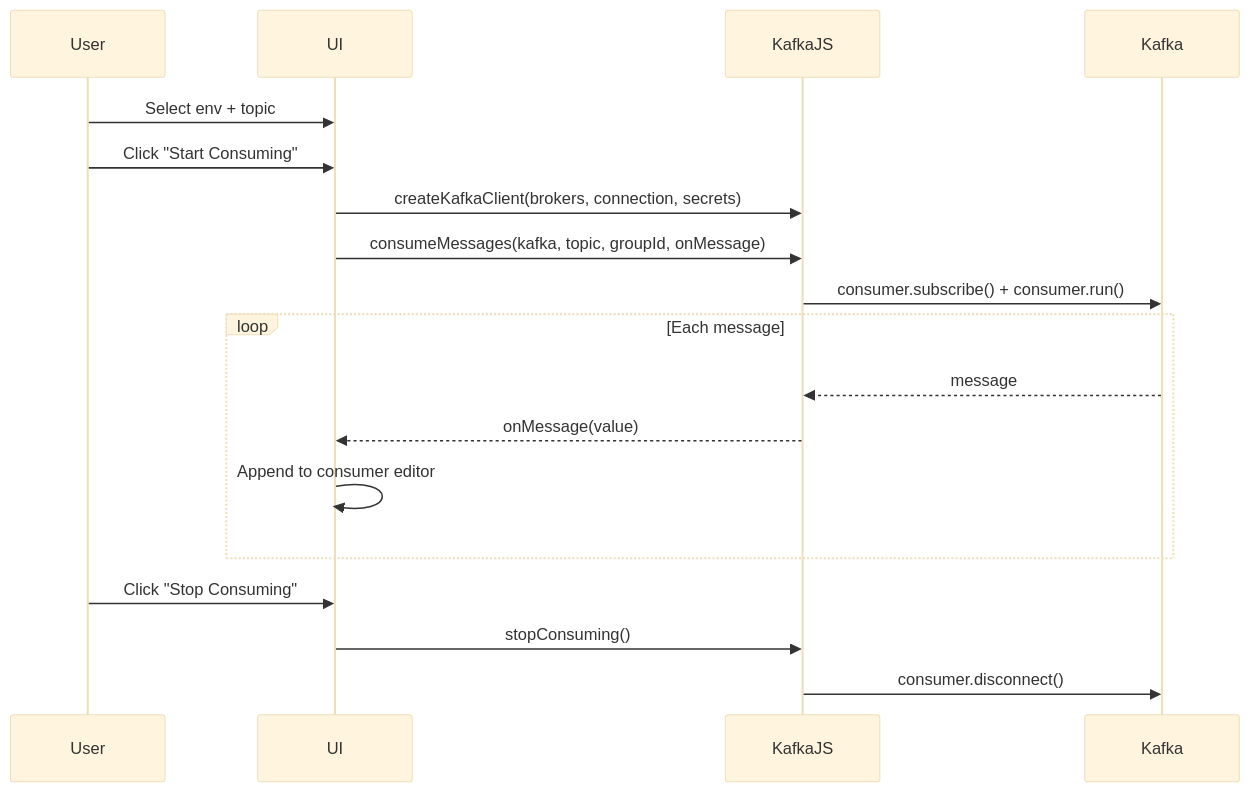
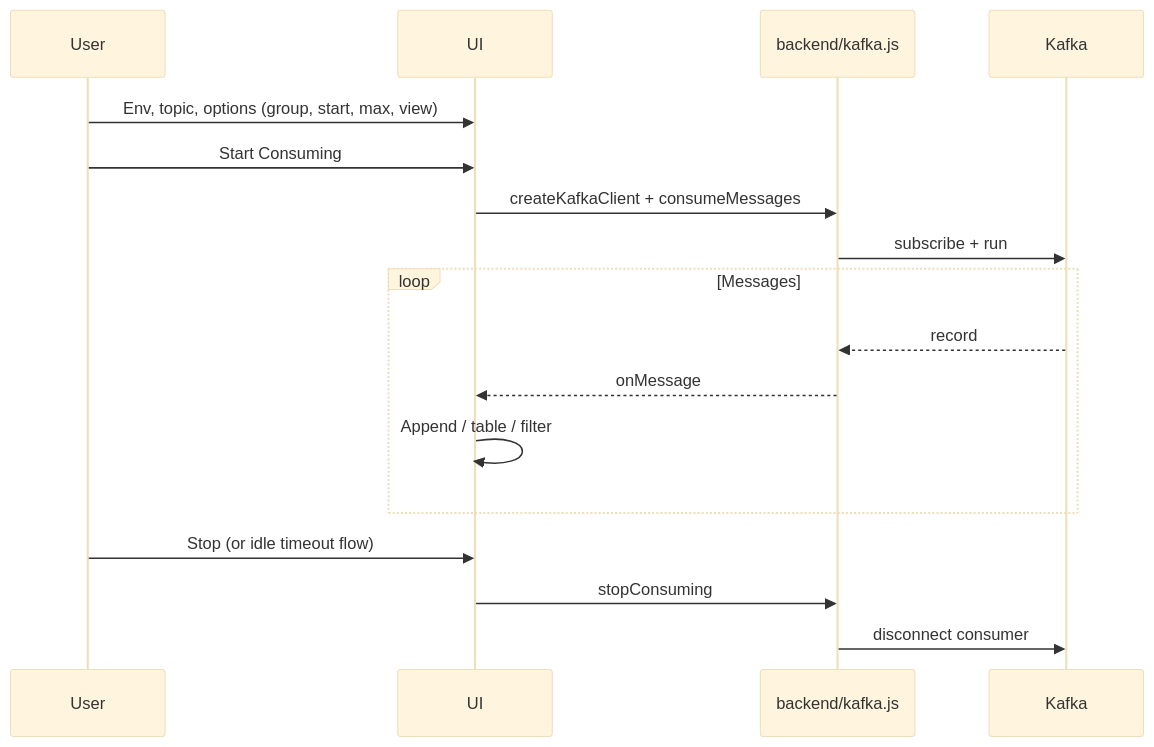
The third of 4 diagrams in README.md (DilshanPGN/kafka-safe-stream), drawn with Mermaid (base theme) before and after one commit. The commit also changed other lines of this file, not shown here.

Commit message:
Revise README for clarity and detail; update application overview, feature descriptions, and flow diagrams to reflect recent enhancements, including environment management, consumer options, and configuration processes.

````diff
--- a/README.md
+++ b/README.md
@@ -89,21 +99,20 @@
 ```mermaid
 sequenceDiagram
     participant User
     participant UI
-    participant KafkaJS
+    participant K as backend/kafka.js
     participant Kafka
 
-    User->>UI: Select env + topic
-    User->>UI: Click "Start Consuming"
-    UI->>KafkaJS: createKafkaClient(brokers, connection, secrets)
-    UI->>KafkaJS: consumeMessages(kafka, topic, groupId, onMessage)
-    KafkaJS->>Kafka: consumer.subscribe() + consumer.run()
-    loop Each message
-        Kafka-->>KafkaJS: message
-        KafkaJS-->>UI: onMessage(value)
-        UI->>UI: Append to consumer editor
+    User->>UI: Env, topic, options (group, start, max, view)
+    User->>UI: Start Consuming
+    UI->>K: createKafkaClient + consumeMessages
+    K->>Kafka: subscribe + run
+    loop Messages
+        Kafka-->>K: record
+        K-->>UI: onMessage
+        UI->>UI: Append / table / filter
     end
-    User->>UI: Click "Stop Consuming"
-    UI->>KafkaJS: stopConsuming()
-    KafkaJS->>Kafka: consumer.disconnect()
+    User->>UI: Stop (or idle timeout flow)
+    UI->>K: stopConsuming
+    K->>Kafka: disconnect consumer
 ```
````
